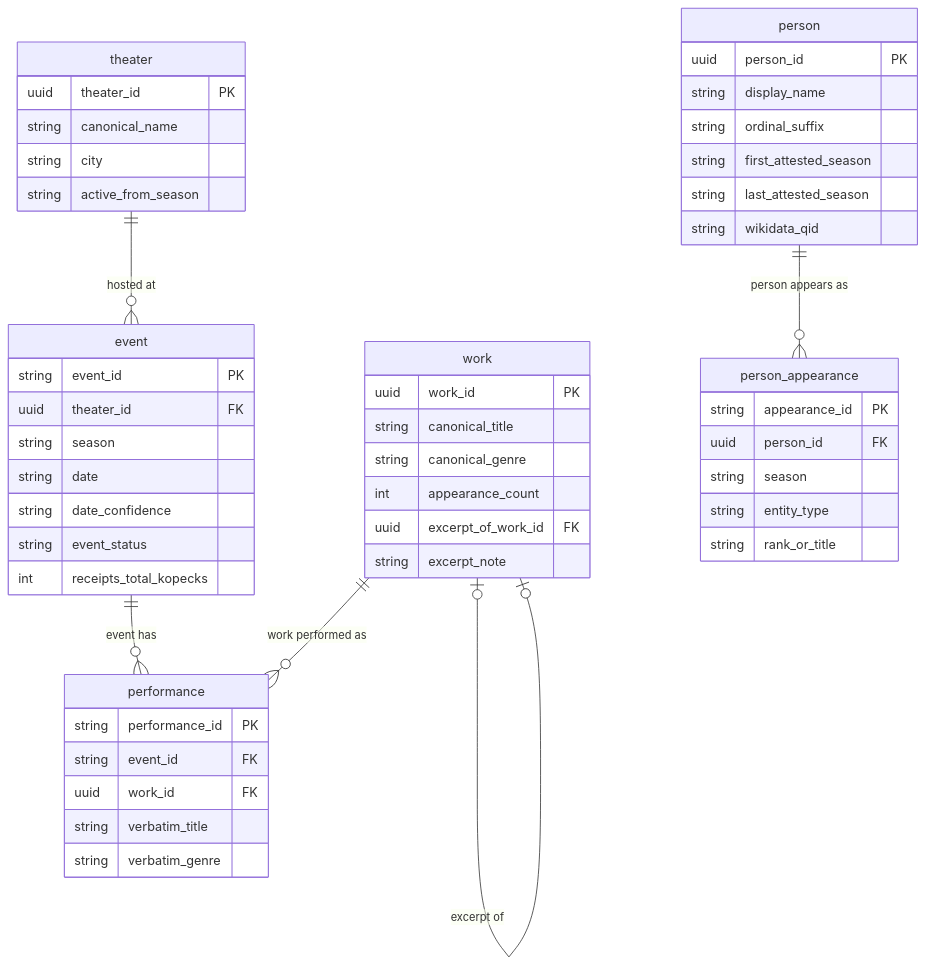
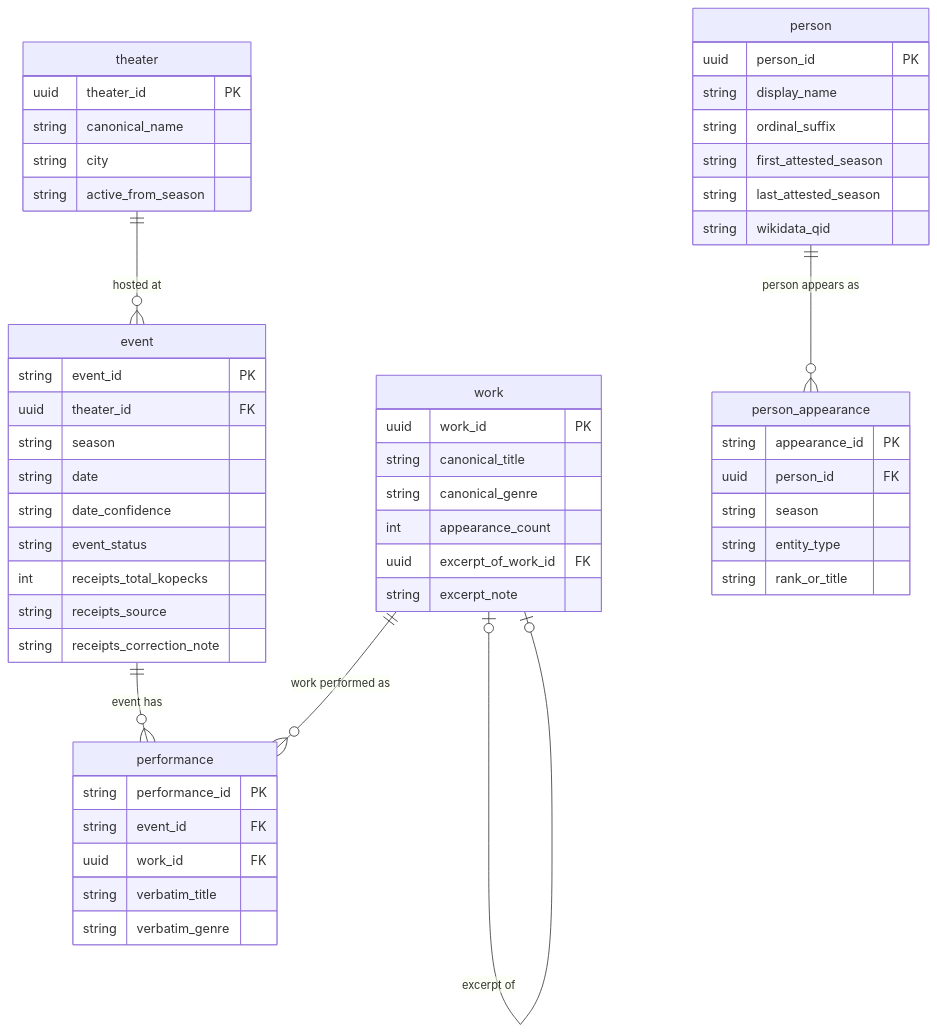
The second of 2 diagrams in README.md (PULdischo/imperial_russia_theatre_yearbooks), drawn with Mermaid before and after one commit. The commit also changed 6 other files, not shown here.

First line of the commit message:
Research-layer receipts correction for 56 scan-confirmed print typos (+22,569 р. 40 к.); raw stays verbatim (issue #109)

````diff
--- a/README.md
+++ b/README.md
@@ -264,54 +264,56 @@
 ```mermaid
 erDiagram
     theater {
         uuid theater_id PK
         string canonical_name
         string city
         string active_from_season
     }
     work {
         uuid work_id PK
         string canonical_title
         string canonical_genre
         int appearance_count
         uuid excerpt_of_work_id FK
         string excerpt_note
     }
     person {
         uuid person_id PK
         string display_name
         string ordinal_suffix
         string first_attested_season
         string last_attested_season
         string wikidata_qid
     }
     event {
         string event_id PK
         uuid theater_id FK
         string season
         string date
         string date_confidence
         string event_status
         int receipts_total_kopecks
+        string receipts_source
+        string receipts_correction_note
     }
     performance {
         string performance_id PK
         string event_id FK
         uuid work_id FK
         string verbatim_title
         string verbatim_genre
     }
     person_appearance {
         string appearance_id PK
         uuid person_id FK
         string season
         string entity_type
         string rank_or_title
     }
 
     theater ||--o{ event : "hosted at"
     event ||--o{ performance : "event has"
     work ||--o{ performance : "work performed as"
     work |o--o| work : "excerpt of"
     person ||--o{ person_appearance : "person appears as"
 ```
````
